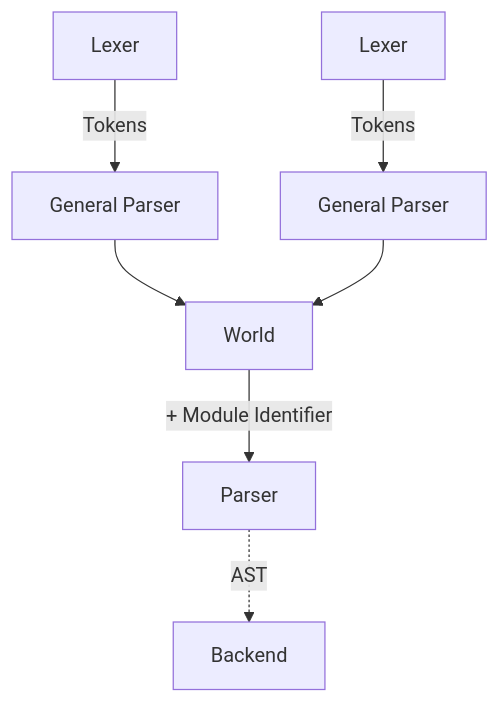
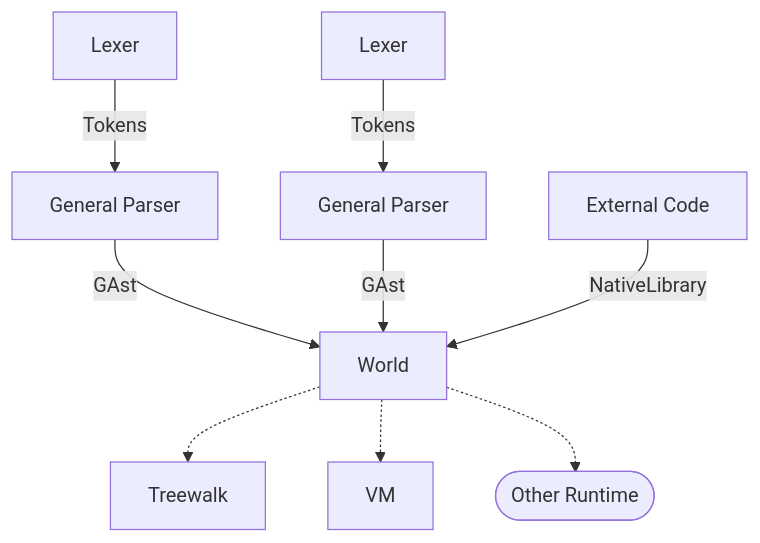
One commit to Jengamon/magus-scheme changed the diagram in README.md. Above: the diagram before and after it, drawn with Mermaid. The commit also changed other lines of this file and 30 other files, not shown here.

````diff
--- a/README.md
+++ b/README.md
@@ -7,9 +5,11 @@
 ```mermaid
 graph TD
     lex[Lexer] -->|Tokens| gparse[General Parser]
     lex2[Lexer] -->|Tokens| gparse2[General Parser]
-    gparse --> wd
-    gparse2 --> wd
-    wd[World] -->|+ Module Identifier| parser[Parser]
-    parser -.->|AST| backend[Backend]
+    gparse -->|GAst| wd
+    gparse2 -->|GAst| wd
+    ext[External Code] --> |NativeLibrary| wd
+    wd[World] -.-> Treewalk
+    wd -.-> VM
+    wd -.-> obk([Other Runtime])
 ```
````
